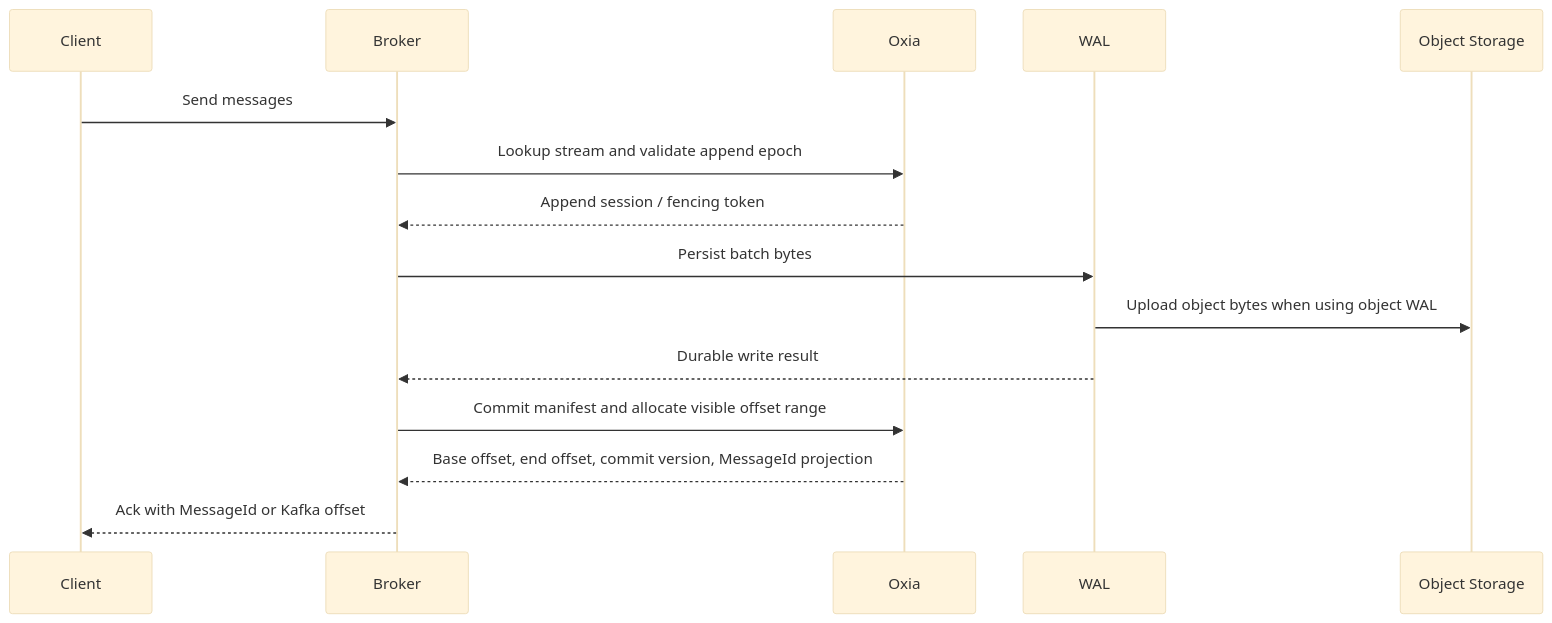
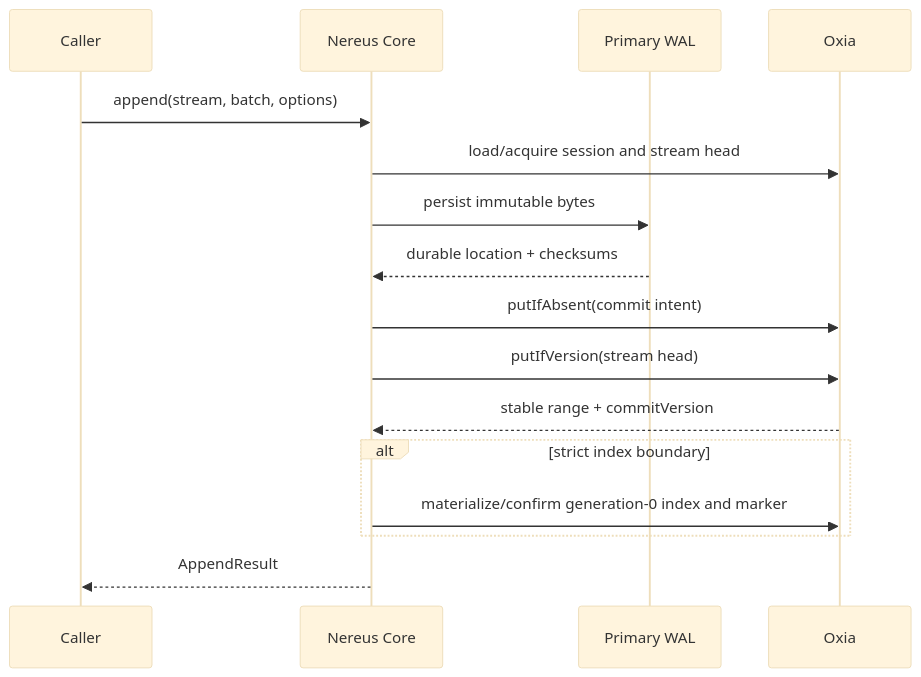
The second of 2 diagrams in docs/design/nereus-overall-architecture.md (nereusstream/nereus), drawn with Mermaid (base theme) before and after one commit. The commit also changed other lines of this file and 34 other files, not shown here.

````diff
--- a/docs/design/nereus-overall-architecture.md
+++ b/docs/design/nereus-overall-architecture.md
@@ -724,18 +288,19 @@
 ```mermaid
 sequenceDiagram
-    participant C as Client
-    participant B as Broker
+    participant C as Caller
+    participant N as Nereus Core
+    participant W as Primary WAL
     participant O as Oxia
-    participant W as WAL
-    participant S as Object Storage
 
-    C->>B: Send messages
-    B->>O: Lookup stream and validate append epoch
-    O-->>B: Append session / fencing token
-    B->>W: Persist batch bytes
-    W->>S: Upload object bytes when using object WAL
-    W-->>B: Durable write result
-    B->>O: Commit manifest and allocate visible offset range
-    O-->>B: Base offset, end offset, commit version, MessageId projection
-    B-->>C: Ack with MessageId or Kafka offset
+    C->>N: append(stream, batch, options)
+    N->>O: load/acquire session and stream head
+    N->>W: persist immutable bytes
+    W-->>N: durable location + checksums
+    N->>O: putIfAbsent(commit intent)
+    N->>O: putIfVersion(stream head)
+    O-->>N: stable range + commitVersion
+    alt strict index boundary
+        N->>O: materialize/confirm generation-0 index and marker
+    end
+    N-->>C: AppendResult
 ```
````
